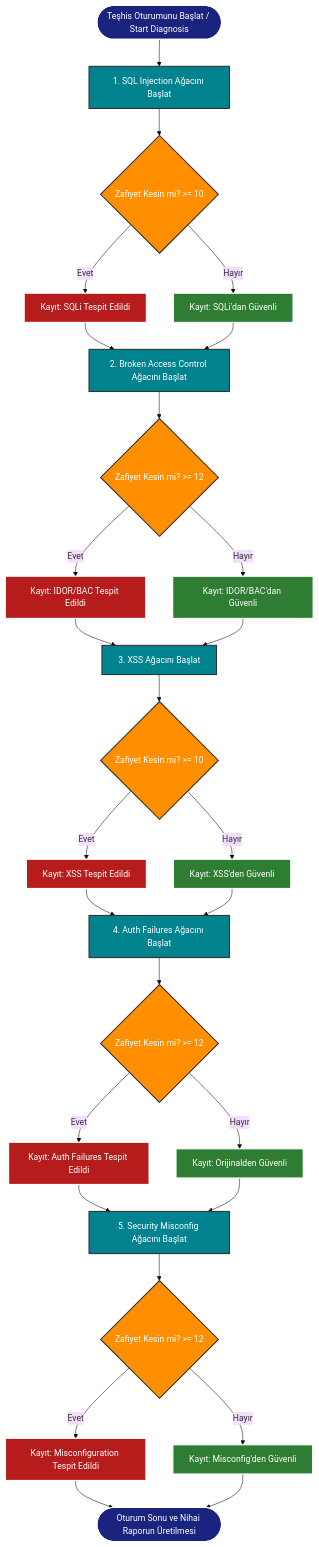
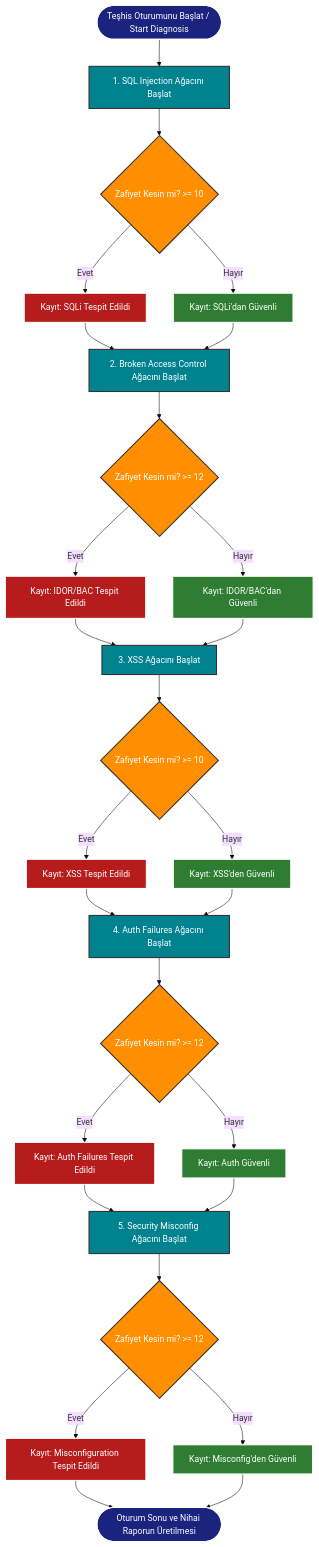
The first of 6 diagrams in DecisionTree_TR.md (7amed3li/OWASP-Reasoner), drawn with Mermaid (base theme) before and after one commit. The commit also changed other lines of this file and 2 other files, not shown here.

````diff
--- a/DecisionTree_TR.md
+++ b/DecisionTree_TR.md
@@ -15,33 +15,33 @@
 ```mermaid
 graph TD
     %% Classes definition for styling
     classDef startEnd fill:#1A237E,stroke:#fff,stroke-width:2px,color:#fff;
     classDef process fill:#00838F,stroke:#333,stroke-width:2px,color:#fff;
     classDef eval fill:#FF8F00,stroke:#333,stroke-width:2px,color:#fff;
     classDef vuln fill:#B71C1C,stroke:#fff,stroke-width:2px,color:#fff;
     classDef safe fill:#2E7D32,stroke:#fff,stroke-width:2px,color:#fff;
 
     Start([Teşhis Oturumunu Başlat / Start Diagnosis]):::startEnd --> EvalSQLi[1. SQL Injection Ağacını Başlat]:::process
     
     EvalSQLi --> CheckSQLi{Zafiyet Kesin mi? >= 10}:::eval
     CheckSQLi -- Evet --> MarkSQLi[Kayıt: SQLi Tespit Edildi]:::vuln --> EvalBAC
     CheckSQLi -- Hayır --> MarkSafeSQLi[Kayıt: SQLi'dan Güvenli]:::safe --> EvalBAC
 
     EvalBAC[2. Broken Access Control Ağacını Başlat]:::process --> CheckBAC{Zafiyet Kesin mi? >= 12}:::eval
     CheckBAC -- Evet --> MarkBAC[Kayıt: IDOR/BAC Tespit Edildi]:::vuln --> EvalXSS
     CheckBAC -- Hayır --> MarkSafeBAC[Kayıt: IDOR/BAC'dan Güvenli]:::safe --> EvalXSS
 
     EvalXSS[3. XSS Ağacını Başlat]:::process --> CheckXSS{Zafiyet Kesin mi? >= 10}:::eval
     CheckXSS -- Evet --> MarkXSS[Kayıt: XSS Tespit Edildi]:::vuln --> EvalAuth
     CheckXSS -- Hayır --> MarkSafeXSS[Kayıt: XSS'den Güvenli]:::safe --> EvalAuth
 
     EvalAuth[4. Auth Failures Ağacını Başlat]:::process --> CheckAuth{Zafiyet Kesin mi? >= 12}:::eval
     CheckAuth -- Evet --> MarkAuth[Kayıt: Auth Failures Tespit Edildi]:::vuln --> EvalMis
-    CheckAuth -- Hayır --> MarkSafeAuth[Kayıt: Orijinalden Güvenli]:::safe --> EvalMis
+    CheckAuth -- Hayır --> MarkSafeAuth[Kayıt: Auth Güvenli]:::safe --> EvalMis
 
     EvalMis[5. Security Misconfig Ağacını Başlat]:::process --> CheckMis{Zafiyet Kesin mi? >= 12}:::eval
     CheckMis -- Evet --> MarkMis[Kayıt: Misconfiguration Tespit Edildi]:::vuln --> EndSession
     CheckMis -- Hayır --> MarkSafeMis[Kayıt: Misconfig'den Güvenli]:::safe --> EndSession
 
     EndSession([Oturum Sonu ve Nihai Raporun Üretilmesi]):::startEnd
 ```
````
